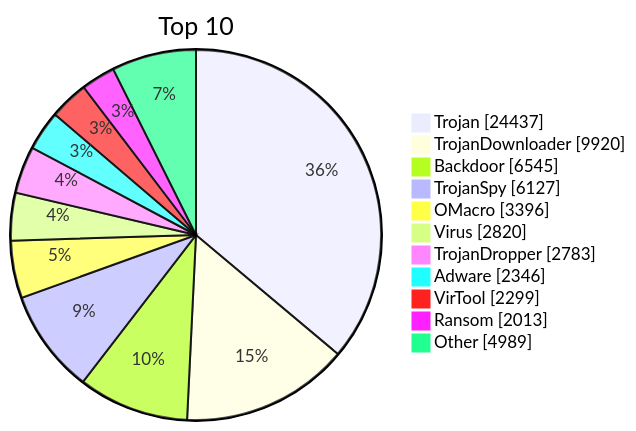
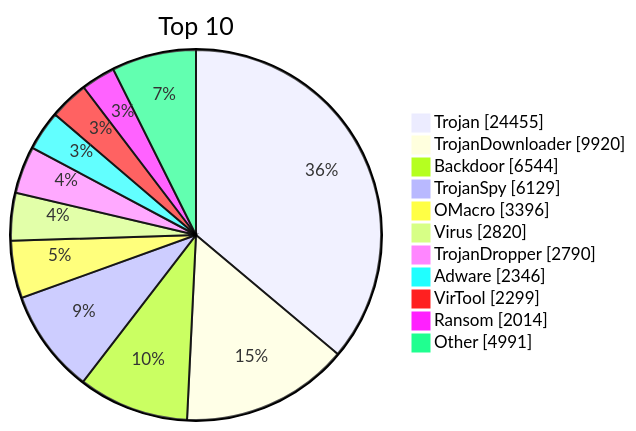
One commit to JerryLinLinLin/huorong-virdb-changelog changed the diagram in README.md. Above: the diagram before and after it, drawn with Mermaid. The commit also changed other lines of this file and 14 other files, not shown here.

````diff
--- a/README.md
+++ b/README.md
@@ -19,15 +19,15 @@
 ```mermaid
 pie showData
     title Top 10
-    "Trojan" : 24437
+    "Trojan" : 24455
     "TrojanDownloader" : 9920
-    "Backdoor" : 6545
-    "TrojanSpy" : 6127
+    "Backdoor" : 6544
+    "TrojanSpy" : 6129
     "OMacro" : 3396
     "Virus" : 2820
-    "TrojanDropper" : 2783
+    "TrojanDropper" : 2790
     "Adware" : 2346
     "VirTool" : 2299
-    "Ransom" : 2013
-    "Other" : 4989
+    "Ransom" : 2014
+    "Other" : 4991
 ```
````
